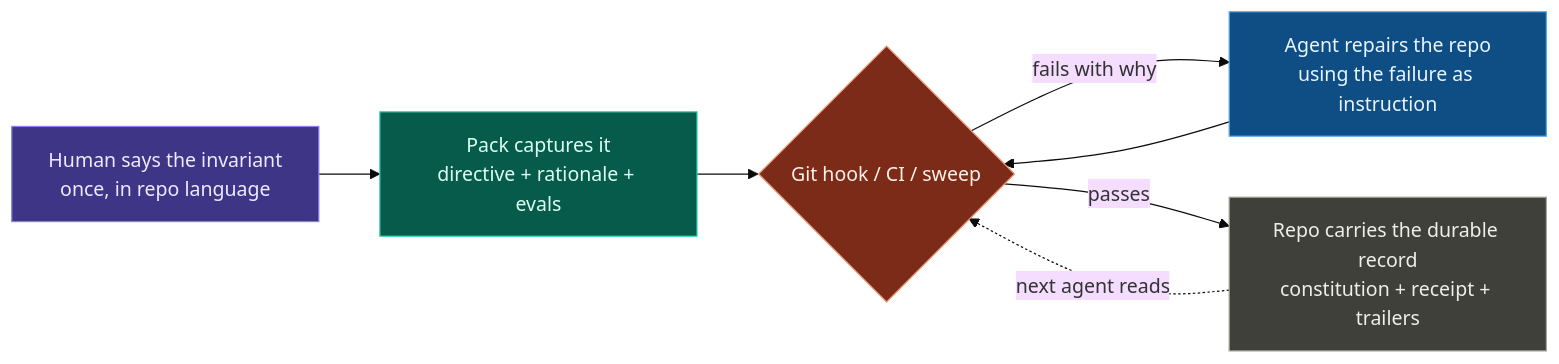
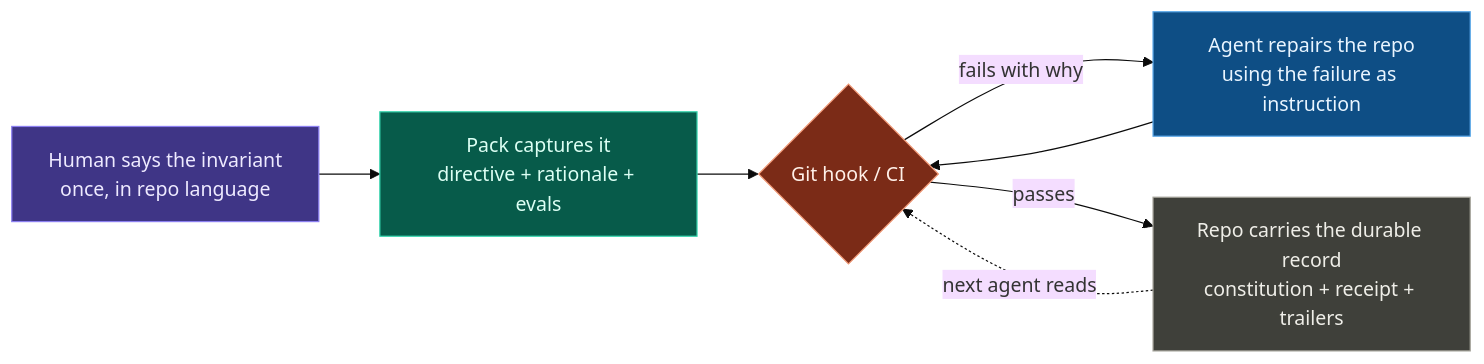
Before and after one commit to Duaility/governance-kit: the first of 5 diagrams in README.md, drawn with Mermaid (base theme). The commit also changed other lines of this file and 13 other files, not shown here.

````diff
--- a/README.md
+++ b/README.md
@@ -51,25 +51,25 @@
 ```mermaid
 flowchart LR
     H["Human says the invariant<br/>once, in repo language"]
     P["Pack captures it<br/>directive + rationale + evals"]
-    G{"Git hook / CI / sweep"}
+    G{"Git hook / CI"}
     A["Agent repairs the repo<br/>using the failure as instruction"]
     R["Repo carries the durable record<br/>constitution + receipt + trailers"]
 
     H --> P --> G
     G -- "fails with why" --> A
     A --> G
     G -- "passes" --> R
     R -.->|"next agent reads"| G
 
     classDef human fill:#3f3586,stroke:#8b7ff0,color:#eeeaff
     classDef directive fill:#075b4a,stroke:#36d6af,color:#dcfff4
     classDef gate fill:#7b2b17,stroke:#ef9673,color:#fff0e8
     classDef agent fill:#0e4e85,stroke:#5aa8e9,color:#e9f5ff
     classDef record fill:#3f403a,stroke:#a5a49b,color:#efeee8
     class H human
     class P directive
     class G gate
     class A agent
     class R record
 ```
````
